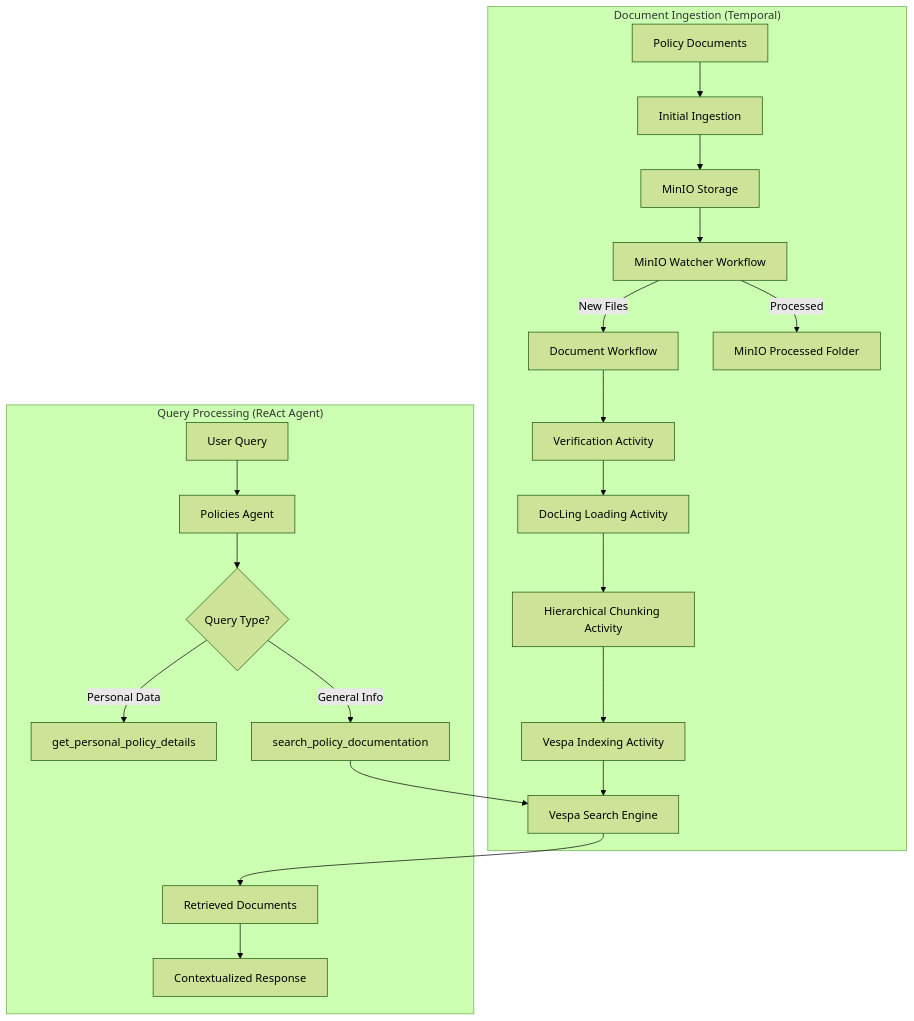
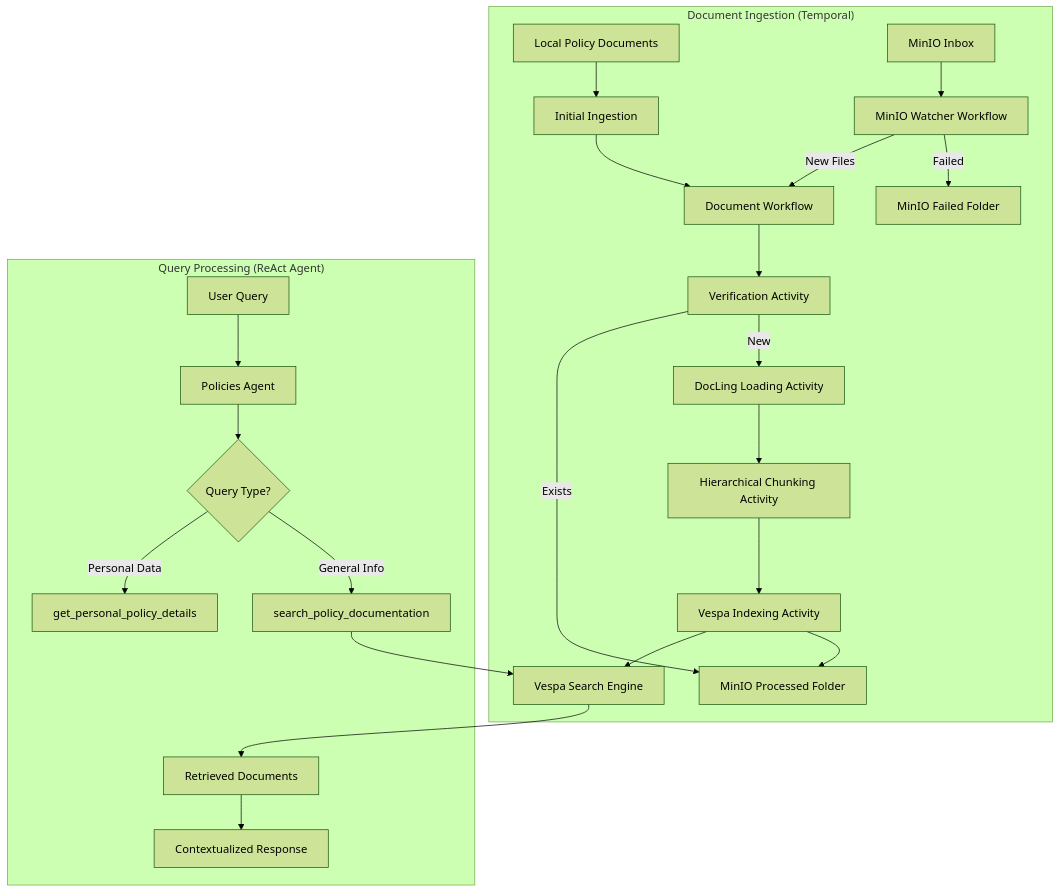
One commit to eggai-tech/EggAI changed the diagram in examples/multi_agent_human_chat/docs/ingestion-pipeline.md. Above: the diagram before and after it, drawn with Mermaid (forest theme). The commit also changed other lines of this file and 10 other files, not shown here.

````diff
--- a/examples/multi_agent_human_chat/docs/ingestion-pipeline.md
+++ b/examples/multi_agent_human_chat/docs/ingestion-pipeline.md
@@ -11,25 +11,30 @@
 ```mermaid
 graph TB
     subgraph "Document Ingestion (Temporal)"
-        A[Policy Documents] --> B[Initial Ingestion]
-        B --> C[MinIO Storage]
-        C --> D[MinIO Watcher Workflow]
-        D -->|New Files| E[Document Workflow]
+        A[Local Policy Documents] --> B[Initial Ingestion]
+        B --> E[Document Workflow]
+        
+        C[MinIO Inbox] --> D[MinIO Watcher Workflow]
+        D -->|New Files| E
+        
         E --> F[Verification Activity]
-        F --> G[DocLing Loading Activity] 
+        F -->|Exists| K[MinIO Processed Folder]
+        F -->|New| G[DocLing Loading Activity] 
         G --> H[Hierarchical Chunking Activity]
         H --> I[Vespa Indexing Activity]
         I --> J[Vespa Search Engine]
-        D -->|Processed| K[MinIO Processed Folder]
+        I --> K
+        
+        D -->|Failed| L[MinIO Failed Folder]
     end
     
     subgraph "Query Processing (ReAct Agent)"
-        L[User Query] --> M[Policies Agent]
-        M --> N{Query Type?}
-        N -->|Personal Data| O[get_personal_policy_details]
-        N -->|General Info| P[search_policy_documentation]
-        P --> J
-        J --> Q[Retrieved Documents]
-        Q --> R[Contextualized Response]
+        M[User Query] --> N[Policies Agent]
+        N --> O{Query Type?}
+        O -->|Personal Data| P[get_personal_policy_details]
+        O -->|General Info| Q[search_policy_documentation]
+        Q --> J
+        J --> R[Retrieved Documents]
+        R --> S[Contextualized Response]
     end
 ```
````
